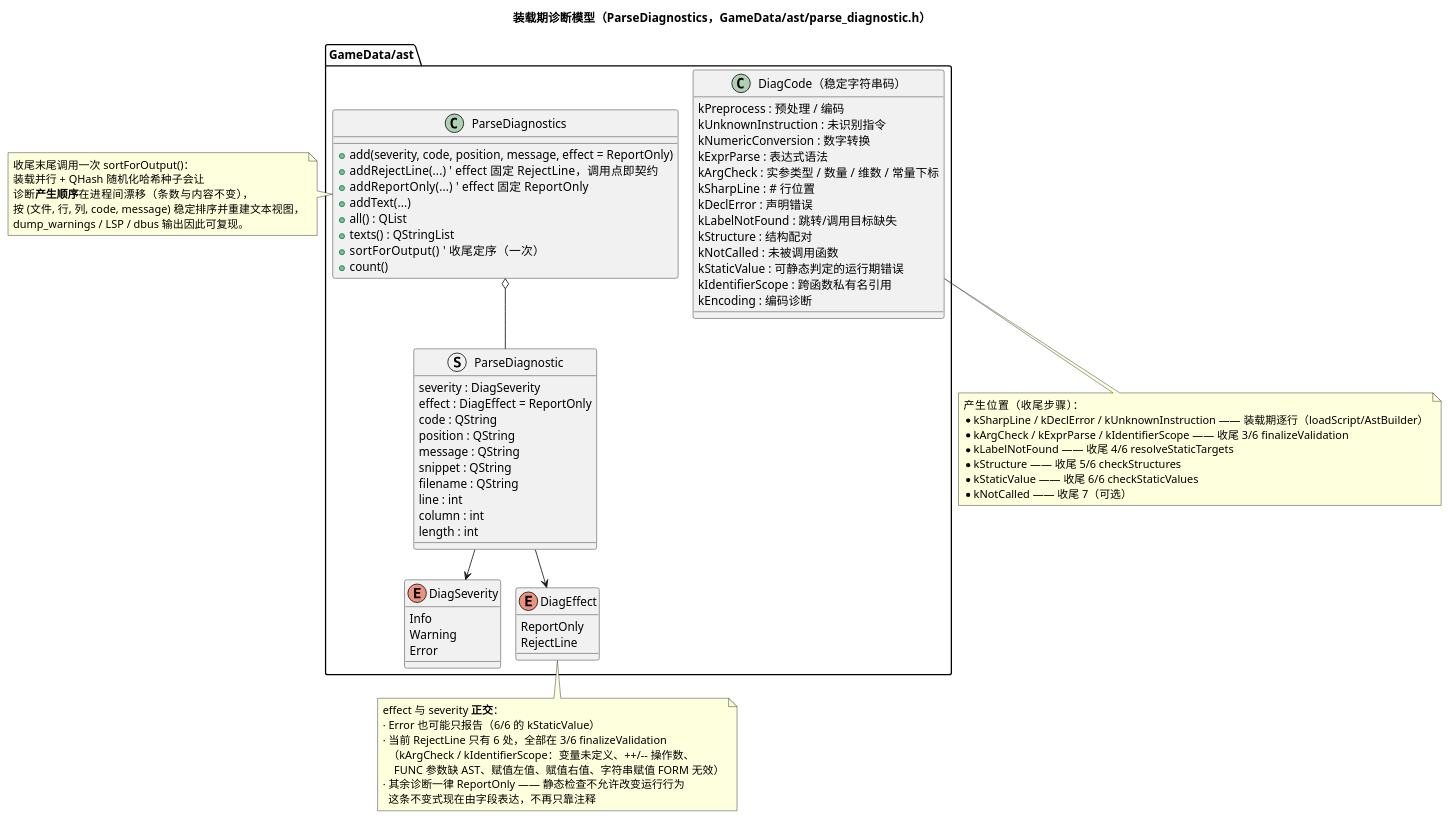
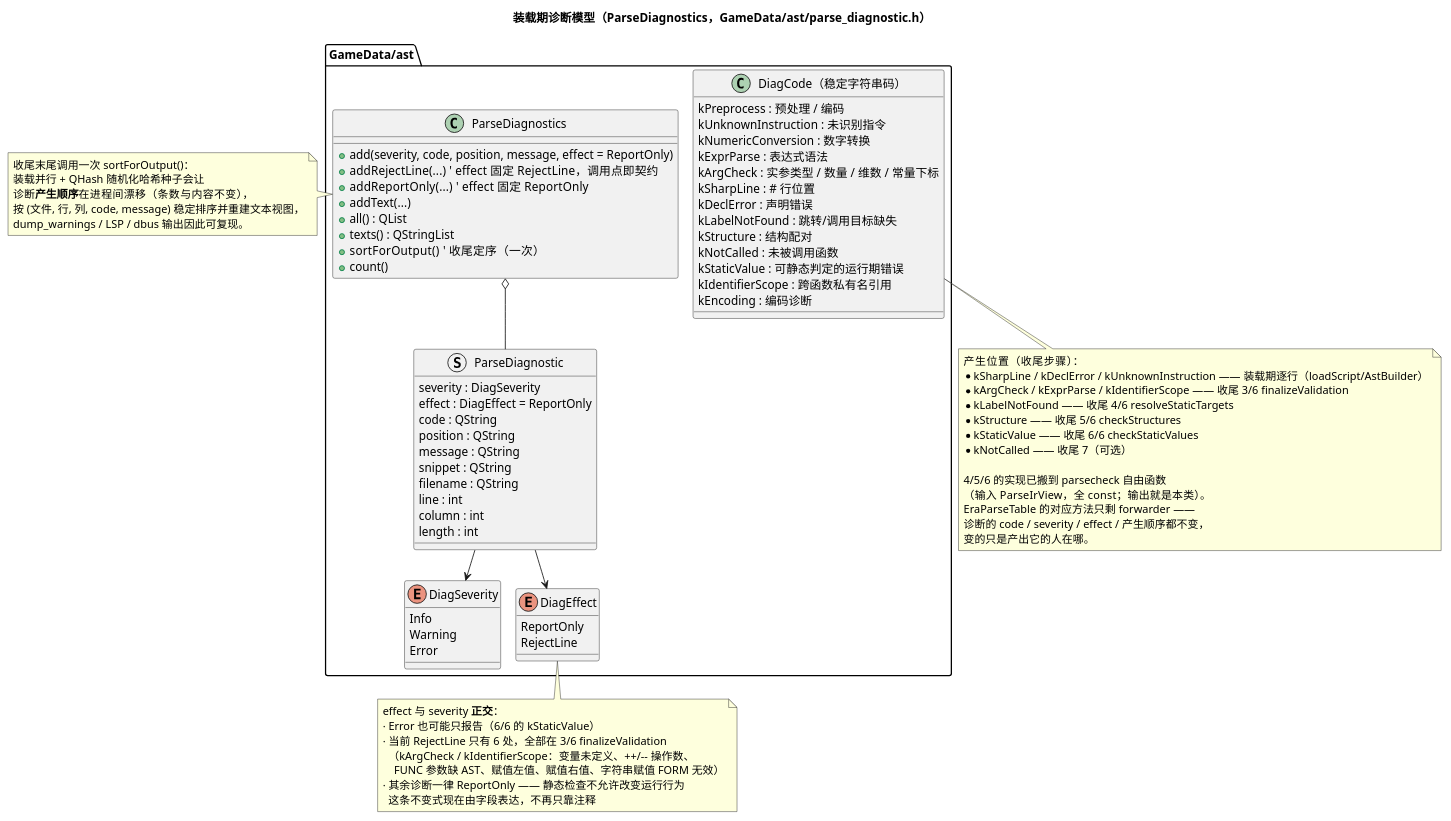
One commit to yigekuyou/qt-eraemu changed the diagram in docs/uml/06-diagnostics.puml. Above: the diagram before and after it, drawn with PlantUML. The commit also changed 8 other files, not shown here.

First line of the commit message:
docs/uml：按四轮重构重画（身份整数化 / 全定型 / 作用域显式 / 只读收尾外移）

```diff
--- a/docs/uml/06-diagnostics.puml
+++ b/docs/uml/06-diagnostics.puml
@@ -1,93 +1,99 @@
 @startuml 06-diagnostics
 ' 无 graphviz(dot) 环境下用 PlantUML 内置 smetana 布局引擎
 !pragma layout smetana
 ' emuera —— 装载期诊断模型与「边界条件前移」检查目录
 ' 渲染：plantuml docs/uml/06-diagnostics.puml
 title 装载期诊断模型（ParseDiagnostics，GameData/ast/parse_diagnostic.h）
 
 package "GameData/ast" {
 
   enum DiagSeverity {
     Info
     Warning
     Error
   }
 
   enum DiagEffect {
     ReportOnly
     RejectLine
   }
 
   struct ParseDiagnostic {
     severity : DiagSeverity
     effect : DiagEffect = ReportOnly
     code : QString
     position : QString
     message : QString
     snippet : QString
     filename : QString
     line : int
     column : int
     length : int
   }
 
   class ParseDiagnostics {
     + add(severity, code, position, message, effect = ReportOnly)
     + addRejectLine(...)   ' effect 固定 RejectLine，调用点即契约
     + addReportOnly(...)   ' effect 固定 ReportOnly
     + addText(...)
     + all() : QList
     + texts() : QStringList
     + sortForOutput()   ' 收尾定序（一次）
     + count()
   }
 
   class "DiagCode（稳定字符串码）" as DiagCode {
     kPreprocess : 预处理 / 编码
     kUnknownInstruction : 未识别指令
     kNumericConversion : 数字转换
     kExprParse : 表达式语法
     kArgCheck : 实参类型 / 数量 / 维数 / 常量下标
     kSharpLine : # 行位置
     kDeclError : 声明错误
     kLabelNotFound : 跳转/调用目标缺失
     kStructure : 结构配对
     kNotCalled : 未被调用函数
     kStaticValue : 可静态判定的运行期错误
     kIdentifierScope : 跨函数私有名引用
     kEncoding : 编码诊断
   }
 }
 
 ParseDiagnostics o-- ParseDiagnostic
 ParseDiagnostic --> DiagSeverity
 ParseDiagnostic --> DiagEffect
 
 note right of ParseDiagnostics
   收尾末尾调用一次 sortForOutput()：
   装载并行 + QHash 随机化哈希种子会让
   诊断**产生顺序**在进程间漂移（条数与内容不变），
   按 (文件, 行, 列, code, message) 稳定排序并重建文本视图，
   dump_warnings / LSP / dbus 输出因此可复现。
 end note
 
 note bottom of DiagEffect
   effect 与 severity **正交**：
   · Error 也可能只报告（6/6 的 kStaticValue）
   · 当前 RejectLine 只有 6 处，全部在 3/6 finalizeValidation
     （kArgCheck / kIdentifierScope：变量未定义、++/-- 操作数、
       FUNC 参数缺 AST、赋值左值、赋值右值、字符串赋值 FORM 无效）
   · 其余诊断一律 ReportOnly —— 静态检查不允许改变运行行为
     这条不变式现在由字段表达，不再只靠注释
 end note
 
 note bottom of DiagCode
   产生位置（收尾步骤）：
   * kSharpLine / kDeclError / kUnknownInstruction —— 装载期逐行（loadScript/AstBuilder）
   * kArgCheck / kExprParse / kIdentifierScope —— 收尾 3/6 finalizeValidation
   * kLabelNotFound —— 收尾 4/6 resolveStaticTargets
   * kStructure —— 收尾 5/6 checkStructures
   * kStaticValue —— 收尾 6/6 checkStaticValues
   * kNotCalled —— 收尾 7（可选）
+
+  4/5/6 的实现已搬到 parsecheck 自由函数
+  （输入 ParseIrView，全 const；输出就是本类）。
+  EraParseTable 的对应方法只剩 forwarder ——
+  诊断的 code / severity / effect / 产生顺序都不变，
+  变的只是产出它的人在哪。
 end note
 @enduml
```
